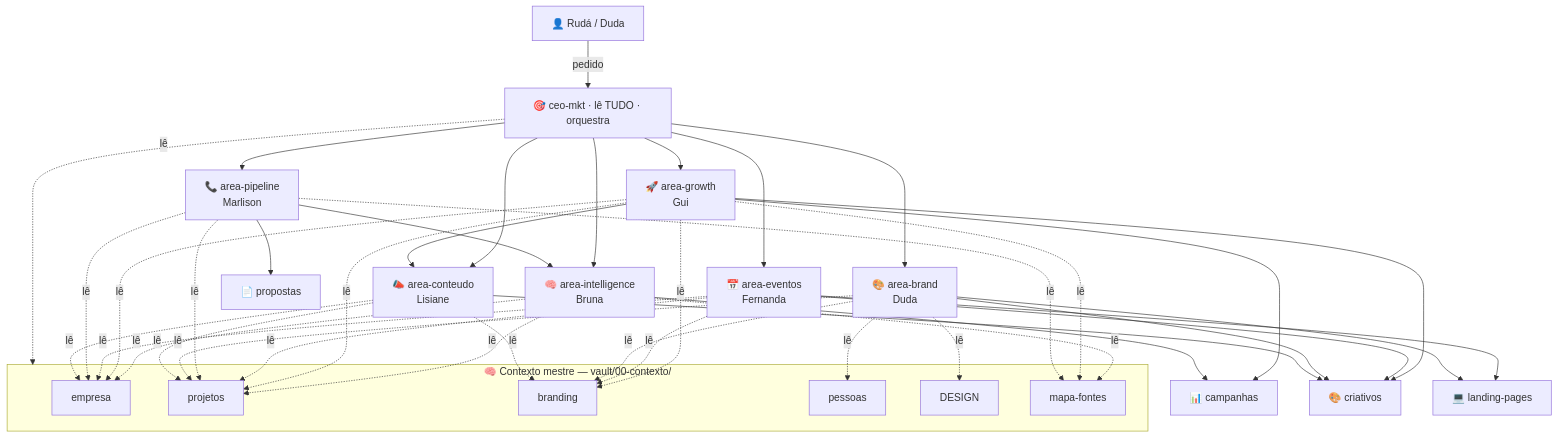
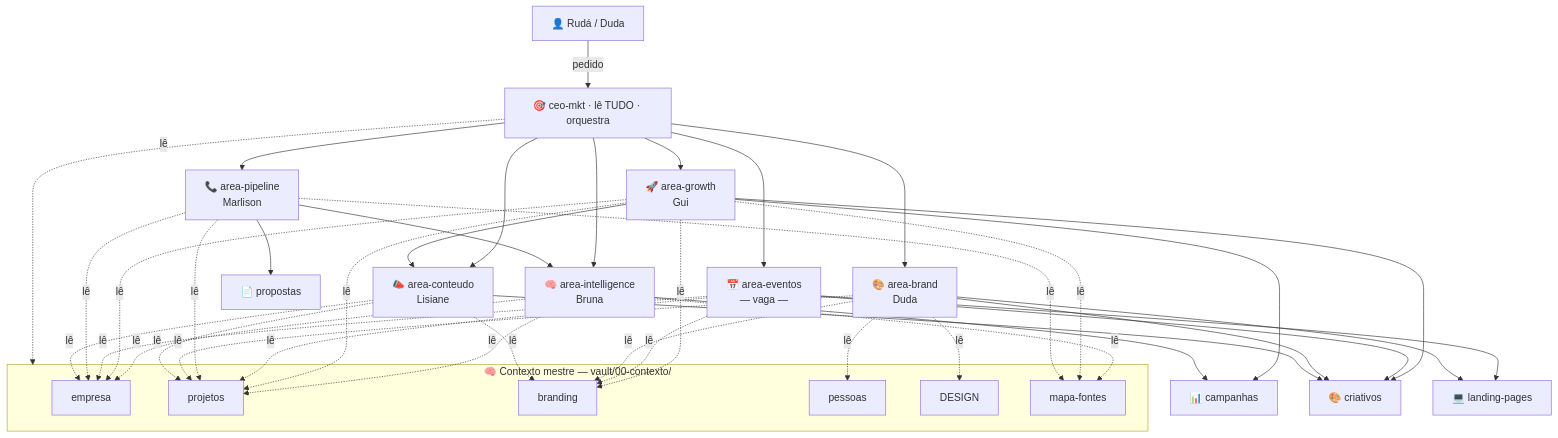
One commit to RudaCosta/epiuse-mkt-office changed the diagram in vault/agentes/_mapa-contexto.md. Above: the diagram before and after it, drawn with Mermaid. The commit also changed other lines of this file and 31 other files, not shown here.

````diff
--- a/vault/agentes/_mapa-contexto.md
+++ b/vault/agentes/_mapa-contexto.md
@@ -7,34 +7,34 @@
 ```mermaid
 graph TD
     H[👤 Rudá / Duda] -->|pedido| CEO
 
     subgraph MESTRE["🧠 Contexto mestre — vault/00-contexto/"]
         EMP[empresa]; PRJ[projetos]; BRD[branding]; PES[pessoas]; DSG[DESIGN]; MAP[mapa-fontes]
     end
 
     CEO[🎯 ceo-mkt · lê TUDO · orquestra]
 
     CEO --> AI[🧠 area-intelligence<br/>Bruna]
     CEO --> AG[🚀 area-growth<br/>Gui]
-    CEO --> AE[📅 area-eventos<br/>Fernanda]
+    CEO --> AE[📅 area-eventos<br/>— vaga —]
     CEO --> AP[📞 area-pipeline<br/>Marlison]
     CEO --> AB[🎨 area-brand<br/>Duda]
     CEO --> AC[📣 area-conteudo<br/>Lisiane]
 
     AG --> CAM & CRI & AC
     AE --> CRI & LP
     AP --> PRO & AI
     AB --> CRI & LP
     AC --> CRI
     AI --> CAM
 
     CRI[🎨 criativos]; LP[💻 landing-pages]; PRO[📄 propostas]; CAM[📊 campanhas]
 
     CEO -.lê.-> MESTRE
     AI -.lê.-> EMP & PRJ & MAP
     AG -.lê.-> EMP & PRJ & BRD & MAP
     AE -.lê.-> EMP & PRJ & BRD
     AP -.lê.-> EMP & PRJ & MAP
     AB -.lê.-> BRD & PES & DSG & PRJ
     AC -.lê.-> BRD & EMP & PRJ
 ```
````
